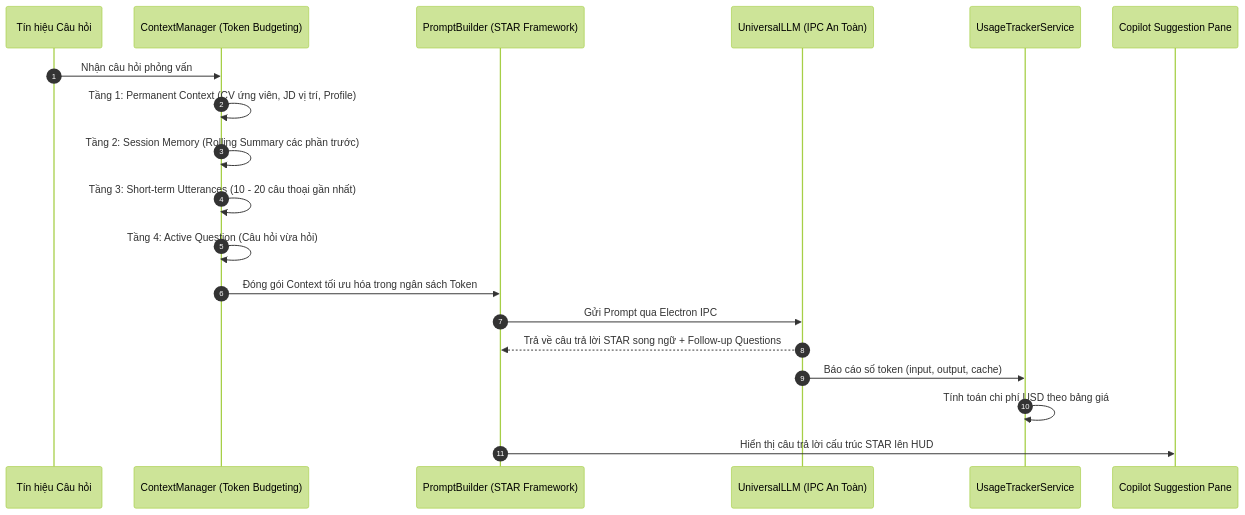
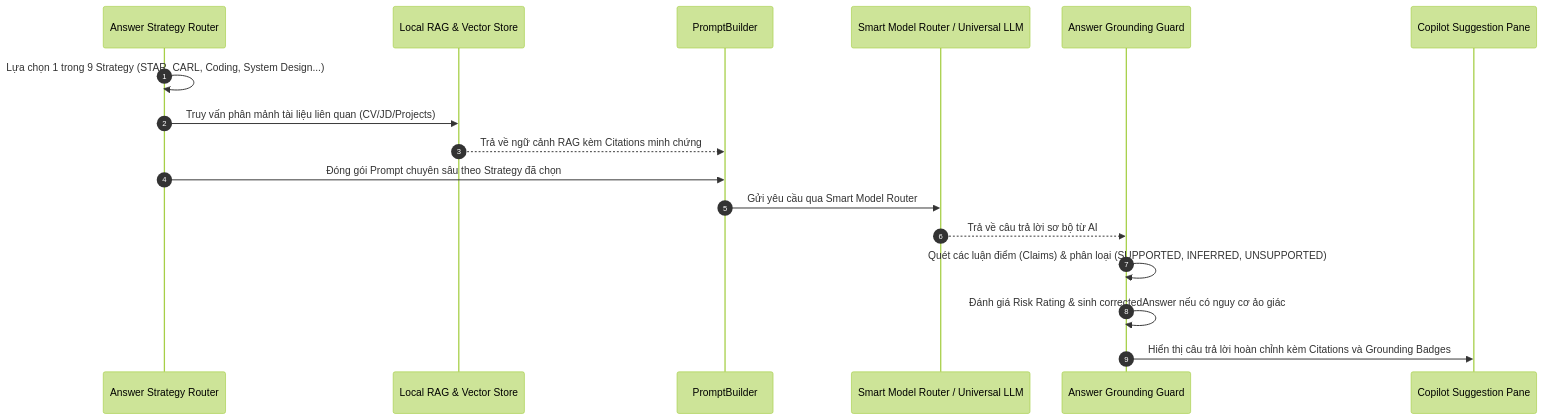
Before and after one commit to hoanglong2206/Election-Demo: the third of 8 diagrams in README.md, drawn with Mermaid (forest theme). The commit also changed other lines of this file and 1 other file, not shown here.

Commit message:
[feat]: Enhance README.md with detailed project features and architecture updates

````diff
--- a/README.md
+++ b/README.md
@@ -365,22 +413,20 @@
 ```mermaid
 sequenceDiagram
     autonumber
-    participant Trigger as Tín hiệu Câu hỏi
-    participant CM as ContextManager (Token Budgeting)
-    participant Prompt as PromptBuilder (STAR Framework)
-    participant LLM as UniversalLLM (IPC An Toàn)
-    participant Usage as UsageTrackerService
+    participant Router as Answer Strategy Router
+    participant RAG as Local RAG & Vector Store
+    participant Prompt as PromptBuilder
+    participant LLM as Smart Model Router / Universal LLM
+    participant Grounding as Answer Grounding Guard
     participant UI as Copilot Suggestion Pane
 
-    Trigger->>CM: Nhận câu hỏi phỏng vấn
-    CM->>CM: Tầng 1: Permanent Context (CV ứng viên, JD vị trí, Profile)
-    CM->>CM: Tầng 2: Session Memory (Rolling Summary các phần trước)
-    CM->>CM: Tầng 3: Short-term Utterances (10 - 20 câu thoại gần nhất)
-    CM->>CM: Tầng 4: Active Question (Câu hỏi vừa hỏi)
-    CM->>Prompt: Đóng gói Context tối ưu hóa trong ngân sách Token
-    Prompt->>LLM: Gửi Prompt qua Electron IPC
-    LLM-->>Prompt: Trả về câu trả lời STAR song ngữ + Follow-up Questions
-    LLM->>Usage: Báo cáo số token (input, output, cache)
-    Usage->>Usage: Tính toán chi phí USD theo bảng giá
-    Prompt->>UI: Hiển thị câu trả lời cấu trúc STAR lên HUD
+    Router->>Router: Lựa chọn 1 trong 9 Strategy (STAR, CARL, Coding, System Design...)
+    Router->>RAG: Truy vấn phân mảnh tài liệu liên quan (CV/JD/Projects)
+    RAG-->>Prompt: Trả về ngữ cảnh RAG kèm Citations minh chứng
+    Router->>Prompt: Đóng gói Prompt chuyên sâu theo Strategy đã chọn
+    Prompt->>LLM: Gửi yêu cầu qua Smart Model Router
+    LLM-->>Grounding: Trả về câu trả lời sơ bộ từ AI
+    Grounding->>Grounding: Quét các luận điểm (Claims) & phân loại (SUPPORTED, INFERRED, UNSUPPORTED)
+    Grounding->>Grounding: Đánh giá Risk Rating & sinh correctedAnswer nếu có nguy cơ ảo giác
+    Grounding->>UI: Hiển thị câu trả lời hoàn chỉnh kèm Citations và Grounding Badges
 ```
````
